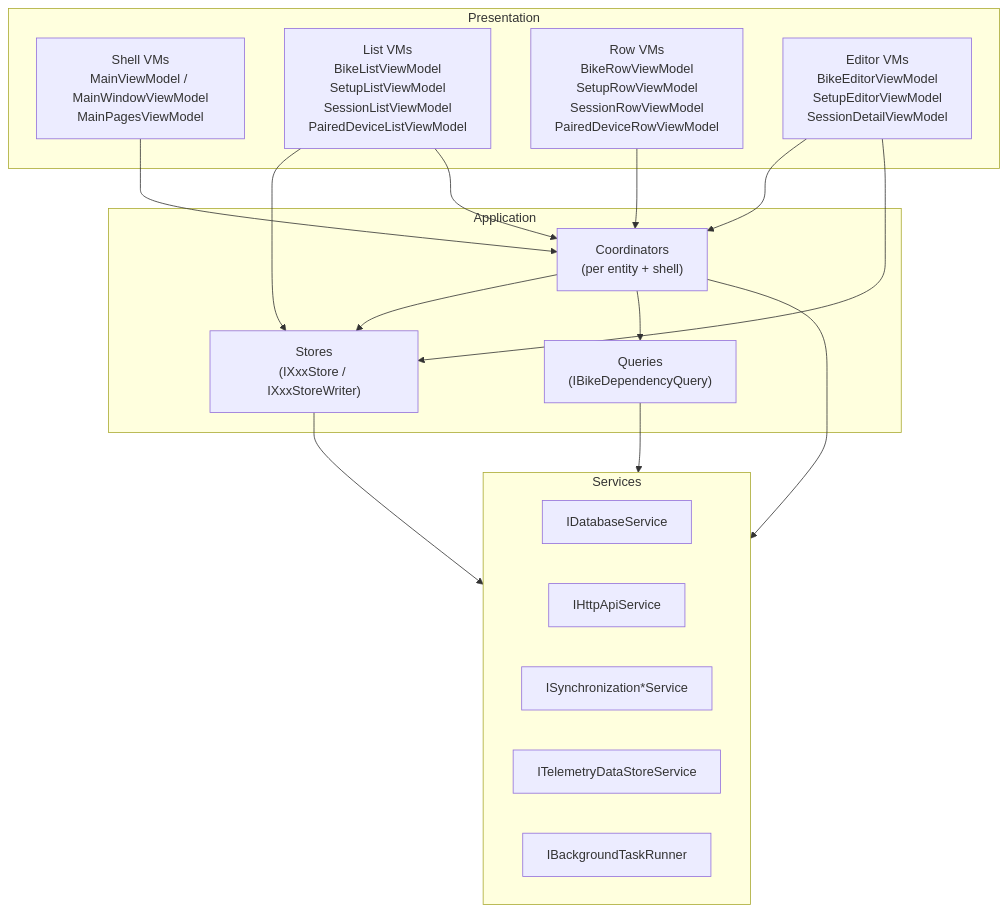
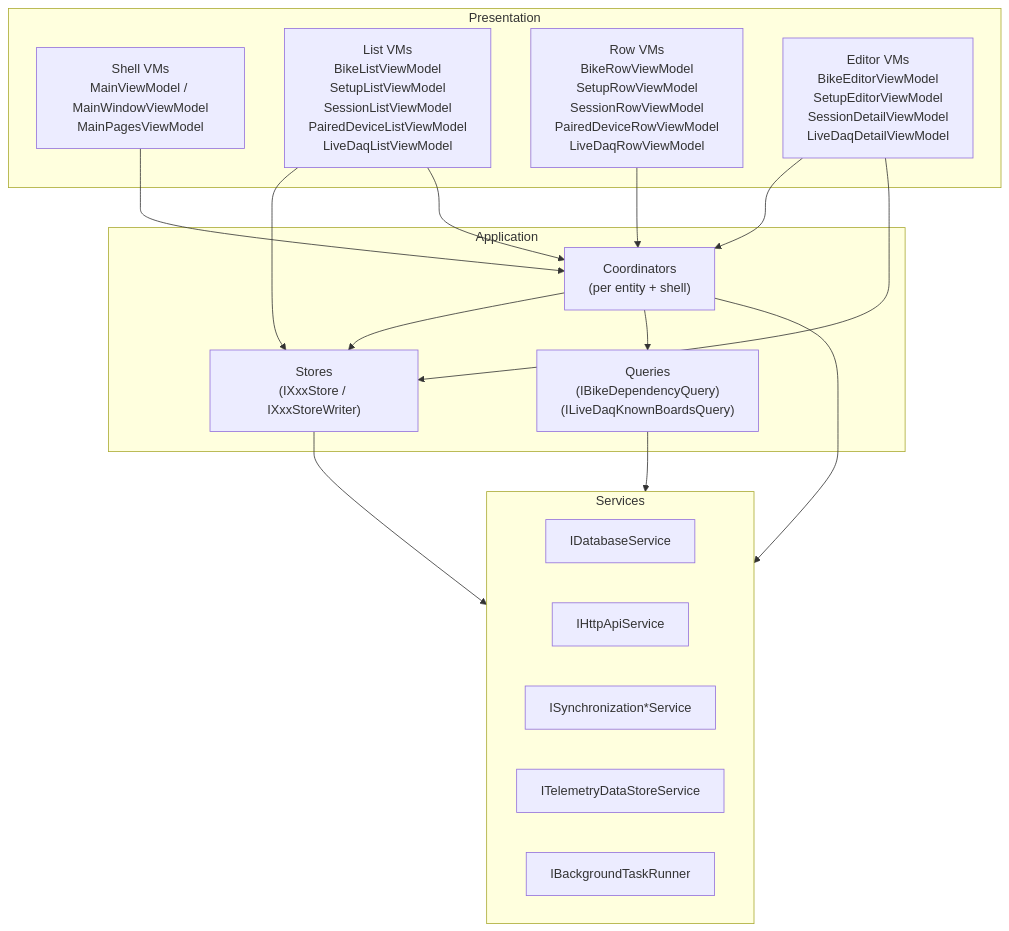
Before and after one commit to MoridinBG/Sufni.app: the first of 2 diagrams in docs/architecture/ui.md, drawn with Mermaid. The commit also changed other lines of this file and 7 other files, not shown here.

````diff
--- a/docs/architecture/ui.md
+++ b/docs/architecture/ui.md
@@ -30,35 +30,35 @@
 ```mermaid
 graph TB
     subgraph Presentation["Presentation"]
         Shell["Shell VMs<br/>MainViewModel / MainWindowViewModel<br/>MainPagesViewModel"]
-        Lists["List VMs<br/>BikeListViewModel<br/>SetupListViewModel<br/>SessionListViewModel<br/>PairedDeviceListViewModel"]
-        Rows["Row VMs<br/>BikeRowViewModel<br/>SetupRowViewModel<br/>SessionRowViewModel<br/>PairedDeviceRowViewModel"]
-        Editors["Editor VMs<br/>BikeEditorViewModel<br/>SetupEditorViewModel<br/>SessionDetailViewModel"]
+        Lists["List VMs<br/>BikeListViewModel<br/>SetupListViewModel<br/>SessionListViewModel<br/>PairedDeviceListViewModel<br/>LiveDaqListViewModel"]
+        Rows["Row VMs<br/>BikeRowViewModel<br/>SetupRowViewModel<br/>SessionRowViewModel<br/>PairedDeviceRowViewModel<br/>LiveDaqRowViewModel"]
+        Editors["Editor VMs<br/>BikeEditorViewModel<br/>SetupEditorViewModel<br/>SessionDetailViewModel<br/>LiveDaqDetailViewModel"]
     end
 
     subgraph Application["Application"]
         Coords["Coordinators<br/>(per entity + shell)"]
         Stores["Stores<br/>(IXxxStore / IXxxStoreWriter)"]
-        Queries["Queries<br/>(IBikeDependencyQuery)"]
+        Queries["Queries<br/>(IBikeDependencyQuery)<br/>(ILiveDaqKnownBoardsQuery)"]
     end
 
     subgraph Services["Services"]
         DBSvc["IDatabaseService"]
         HttpSvc["IHttpApiService"]
         SyncSvc["ISynchronization*Service"]
         DSSSvc["ITelemetryDataStoreService"]
         BgSvc["IBackgroundTaskRunner"]
     end
 
     Shell --> Coords
     Lists --> Stores
     Lists --> Coords
     Rows --> Coords
     Editors --> Coords
     Editors --> Stores
     Coords --> Stores
     Coords --> Queries
     Coords --> Services
     Queries --> Services
     Stores --> Services
 ```
````
